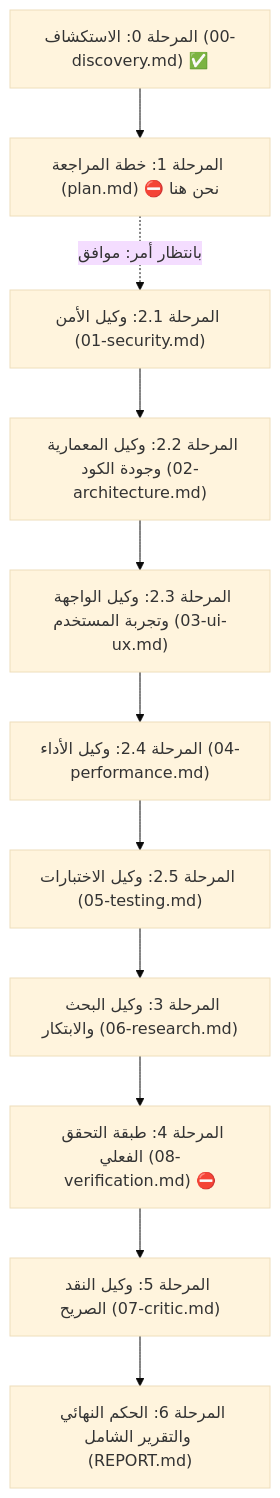
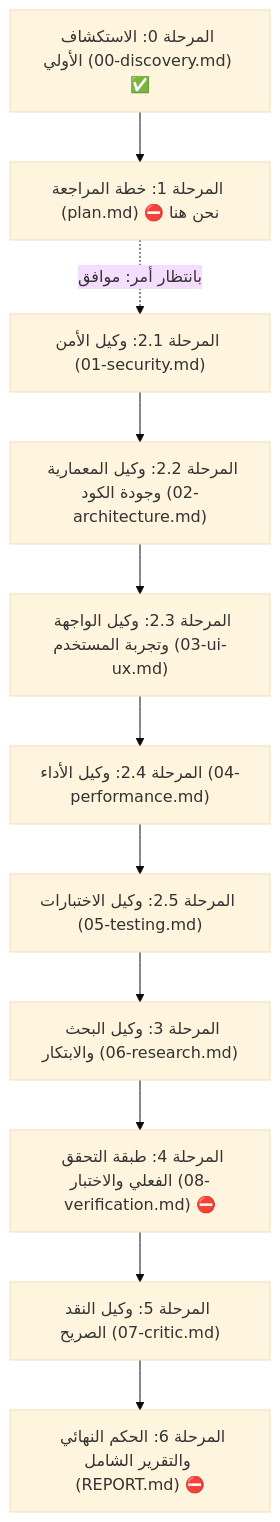
One commit to hasden1999/labory changed the diagram in .review/plan.md. Above: the diagram before and after it, drawn with Mermaid (base theme). The commit also changed other lines of this file and 585 other files, not shown here.

````diff
--- a/.review/plan.md
+++ b/.review/plan.md
@@ -33,13 +36,13 @@
 ```mermaid
 flowchart TD
-    D0["المرحلة 0: الاستكشاف (00-discovery.md) ✅"] --> D1["المرحلة 1: خطة المراجعة (plan.md) ⛔ نحن هنا"]
+    D0["المرحلة 0: الاستكشاف الأولي (00-discovery.md) ✅"] --> D1["المرحلة 1: خطة المراجعة (plan.md) ⛔ نحن هنا"]
     D1 -. "بانتظار أمر: موافق" .-> S1["المرحلة 2.1: وكيل الأمن (01-security.md)"]
     S1 --> S2["المرحلة 2.2: وكيل المعمارية وجودة الكود (02-architecture.md)"]
     S2 --> S3["المرحلة 2.3: وكيل الواجهة وتجربة المستخدم (03-ui-ux.md)"]
     S3 --> S4["المرحلة 2.4: وكيل الأداء (04-performance.md)"]
     S4 --> S5["المرحلة 2.5: وكيل الاختبارات (05-testing.md)"]
     S5 --> S6["المرحلة 3: وكيل البحث والابتكار (06-research.md)"]
-    S6 --> S7["المرحلة 4: طبقة التحقق الفعلي (08-verification.md) ⛔"]
+    S6 --> S7["المرحلة 4: طبقة التحقق الفعلي والاختبار (08-verification.md) ⛔"]
     S7 --> S8["المرحلة 5: وكيل النقد الصريح (07-critic.md)"]
-    S8 --> S9["المرحلة 6: الحكم النهائي والتقرير الشامل (REPORT.md)"]
+    S8 --> S9["المرحلة 6: الحكم النهائي والتقرير الشامل (REPORT.md) ⛔"]
 ```
````
